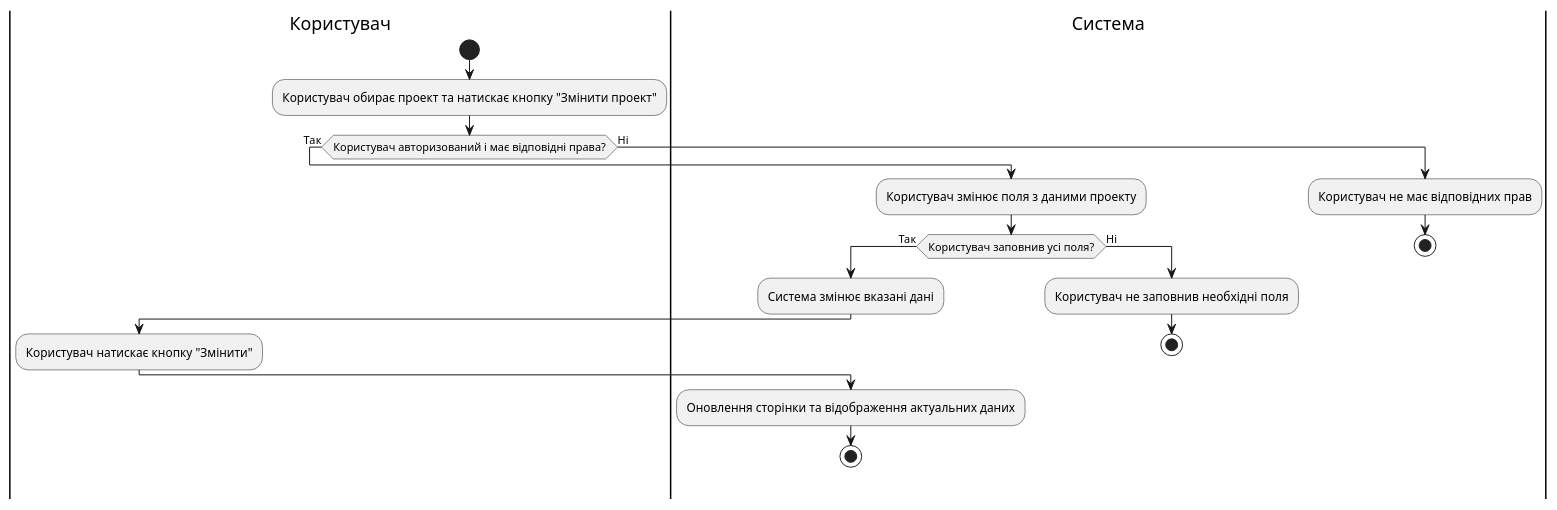
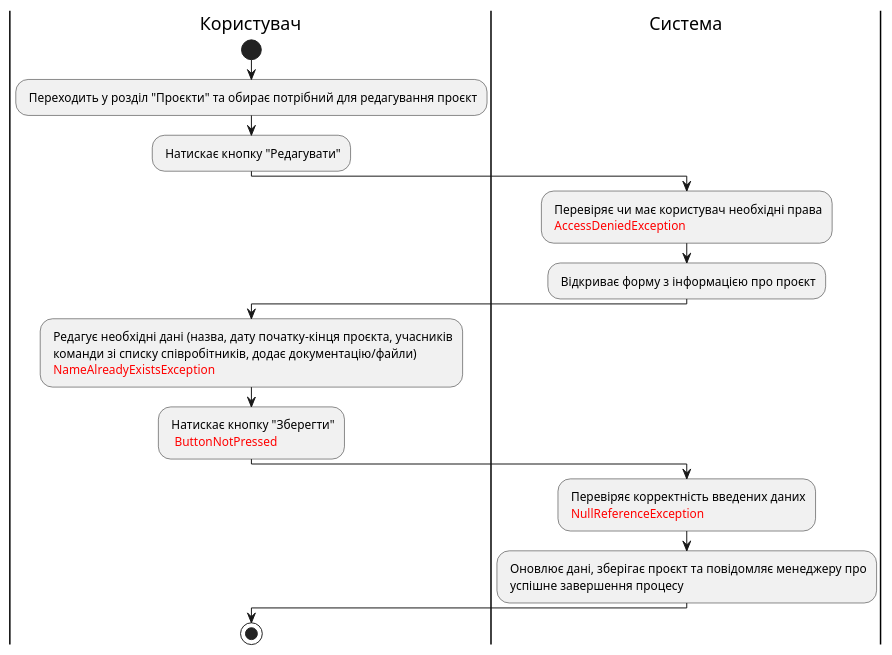
Diagram 14 of 20 in docs/use cases/README.md (makssvelichko/edu_db_labs), drawn with PlantUML before and after one commit. The commit also changed other lines of this file, not shown here.

Commit message:
Changed UML diagrams

```diff
--- a/docs/use cases/README.md
+++ b/docs/use cases/README.md
@@ -464,27 +466,26 @@
 @startuml
 
-|Користувач|
-start;
-:Користувач обирає проект та натискає кнопку "Змінити проект";
-if (Користувач авторизований і має відповідні права?) then (Так)
+    |Користувач|
+    start;
+        : Переходить у розділ "Проєкти" та обирає потрібний для редагування проєкт;
+        : Натискає кнопку "Редагувати";
+     |Система|
+        : Перевіряє чи має користувач необхідні права
+         <font color="red">AccessDeniedException</font>;
+        : Відкриває форму з інформацією про проєкт;    
+    |Користувач|
+        : Редагує необхідні дані (назва, дату початку-кінця проєкта, учасників 
+         команди зі списку співробітників, додає документацію/файли)
+         <font color="red">NameAlreadyExistsException</font>;
+    |Користувач|
+        : Натискає кнопку "Зберегти"
+          <font color="red">ButtonNotPressed</font>;
     |Система|
-    :Користувач змінює поля з даними проекту;
-    if (Користувач заповнив усі поля?) then (Так)
-        :Система змінює вказані дані;
-        |Користувач|
-        :Користувач натискає кнопку "Змінити";
-        |Система|
-        :Оновлення сторінки та відображення актуальних даних;
-        stop;
-    else (Ні)
-        |Система|
-        :Користувач не заповнив необхідні поля;
-        stop;
-    endif
-else (Ні)
-    |Система|
-    :Користувач не має відповідних прав;
+        : Перевіряє корректність введених даних
+         <font color="red">NullReferenceException</font>;
+        : Оновлює дані, зберігає проєкт та повідомляє менеджеру про
+         успішне завершення процесу;
+    |Користувач|
     stop;
-endif
 
 @enduml
```
